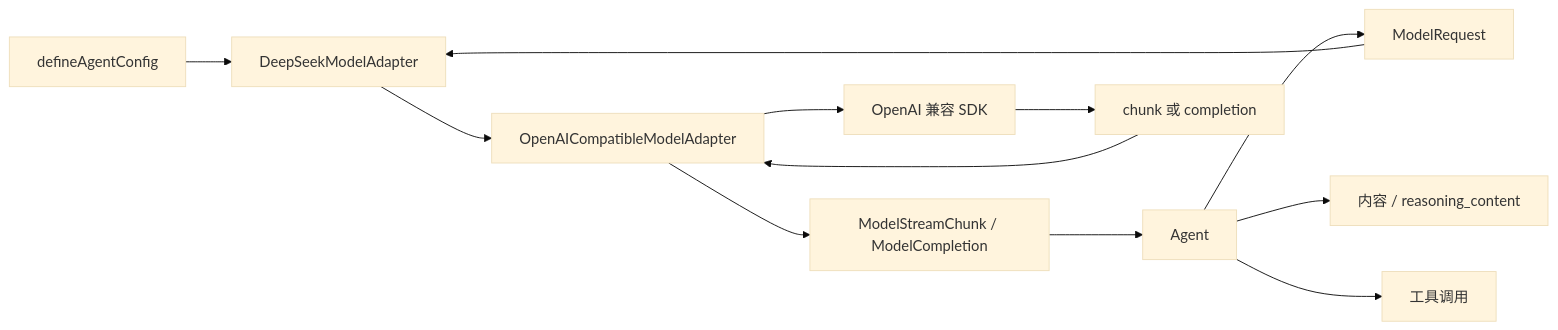
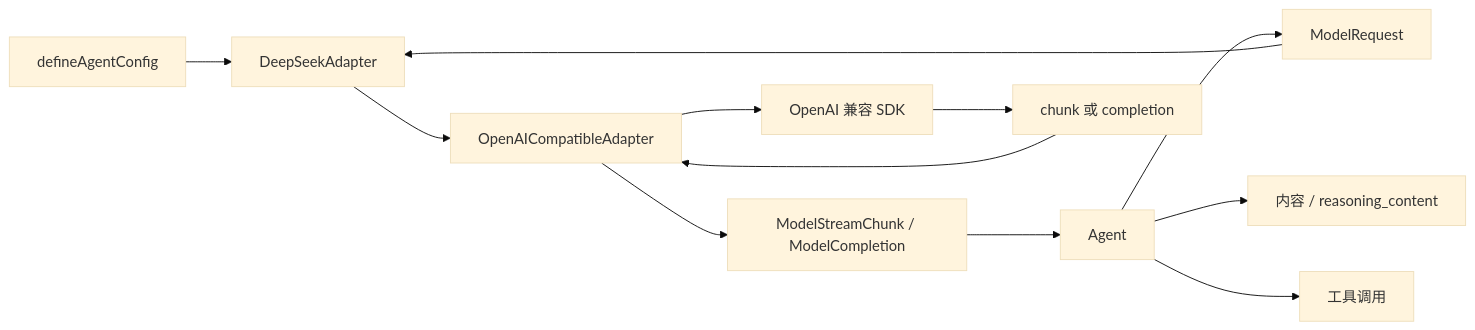
Before and after one commit to AlbertE1990/crafteHarness: the diagram in docs/learning/model-adapter.md, drawn with Mermaid (base theme). The commit also changed other lines of this file and 62 other files, not shown here.

````diff
--- a/docs/learning/model-adapter.md
+++ b/docs/learning/model-adapter.md
@@ -19,14 +19,14 @@
 ```mermaid
 flowchart LR
-  Config[defineAgentConfig] --> DeepSeek[DeepSeekModelAdapter]
+  Config[defineAgentConfig] --> DeepSeek[DeepSeekAdapter]
   Agent[Agent] --> Request[ModelRequest]
   Request --> DeepSeek
-  DeepSeek --> Compatible[OpenAICompatibleModelAdapter]
+  DeepSeek --> Compatible[OpenAICompatibleAdapter]
   Compatible --> SDK[OpenAI 兼容 SDK]
   SDK --> Raw[chunk 或 completion]
   Raw --> Compatible
   Compatible --> Standard[ModelStreamChunk / ModelCompletion]
   Standard --> Agent
   Agent --> SSE[内容 / reasoning_content]
   Agent --> Harness[工具调用]
 ```
````
